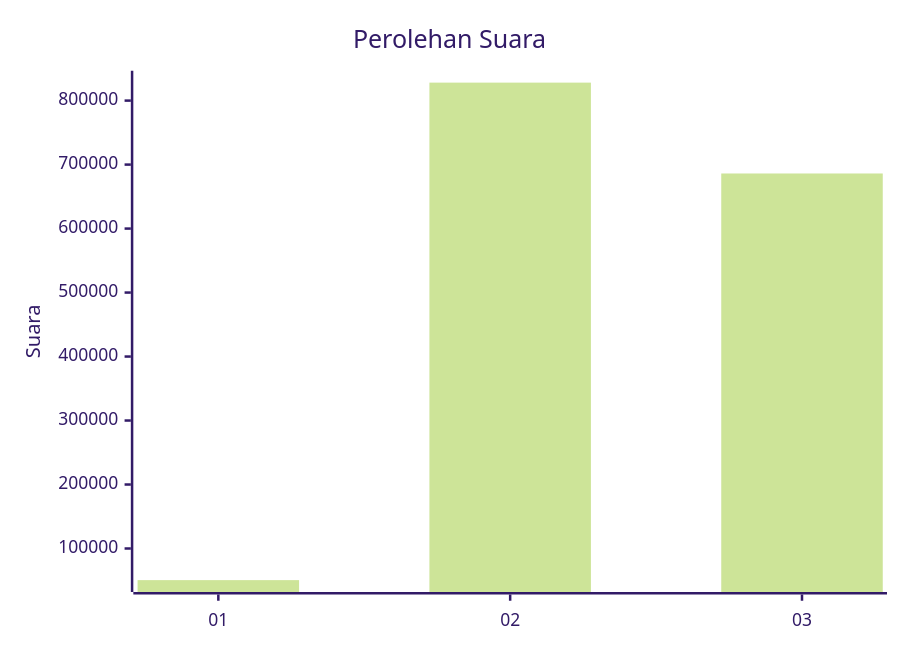
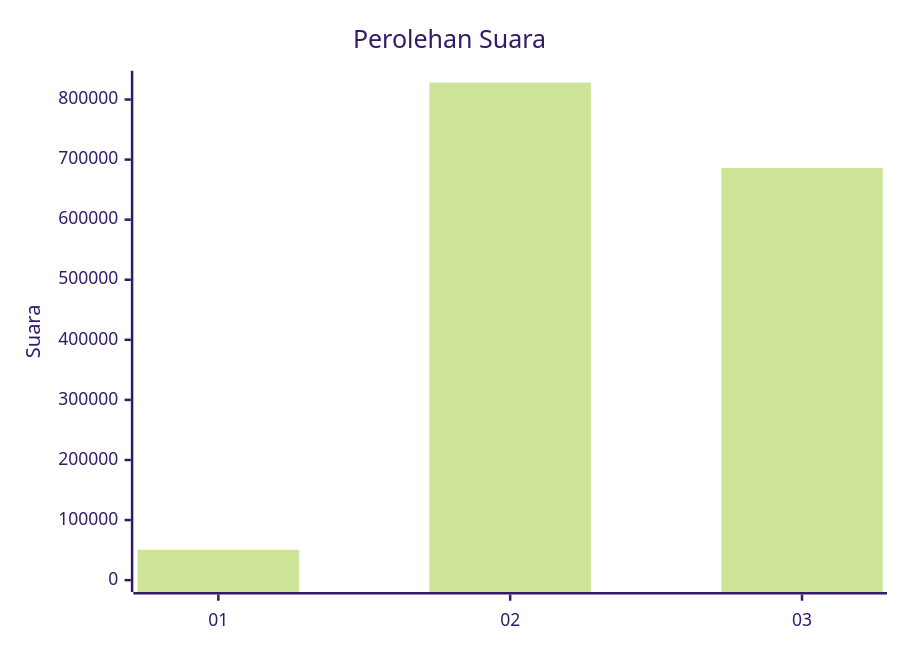
The first of 2 diagrams in pilpres/hitung-suara/sub/table-wilayah-51.md (gigit-pemilu/pemilu-2024), drawn with Mermaid (forest theme) before and after one commit. The commit also changed 42 other files, not shown here.

````diff
--- a/pilpres/hitung-suara/sub/table-wilayah-51.md
+++ b/pilpres/hitung-suara/sub/table-wilayah-51.md
@@ -7,7 +7,7 @@
 ```mermaid
 xychart-beta
     title "Perolehan Suara"
     x-axis [01, 02, 03]
-    y-axis "Suara"
+    y-axis "Suara" 0 --> 828108
     bar [50573, 828108, 686109]
 ```
````
